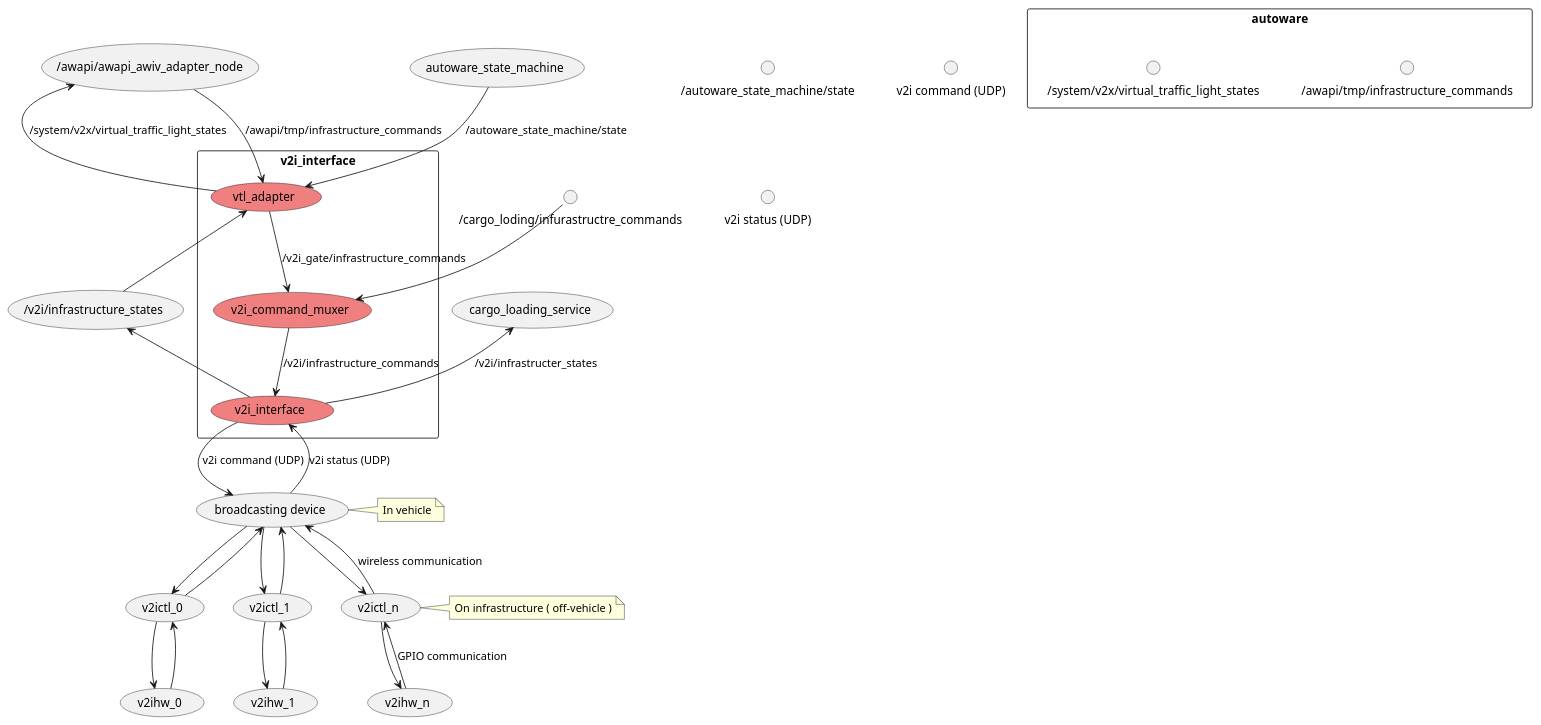
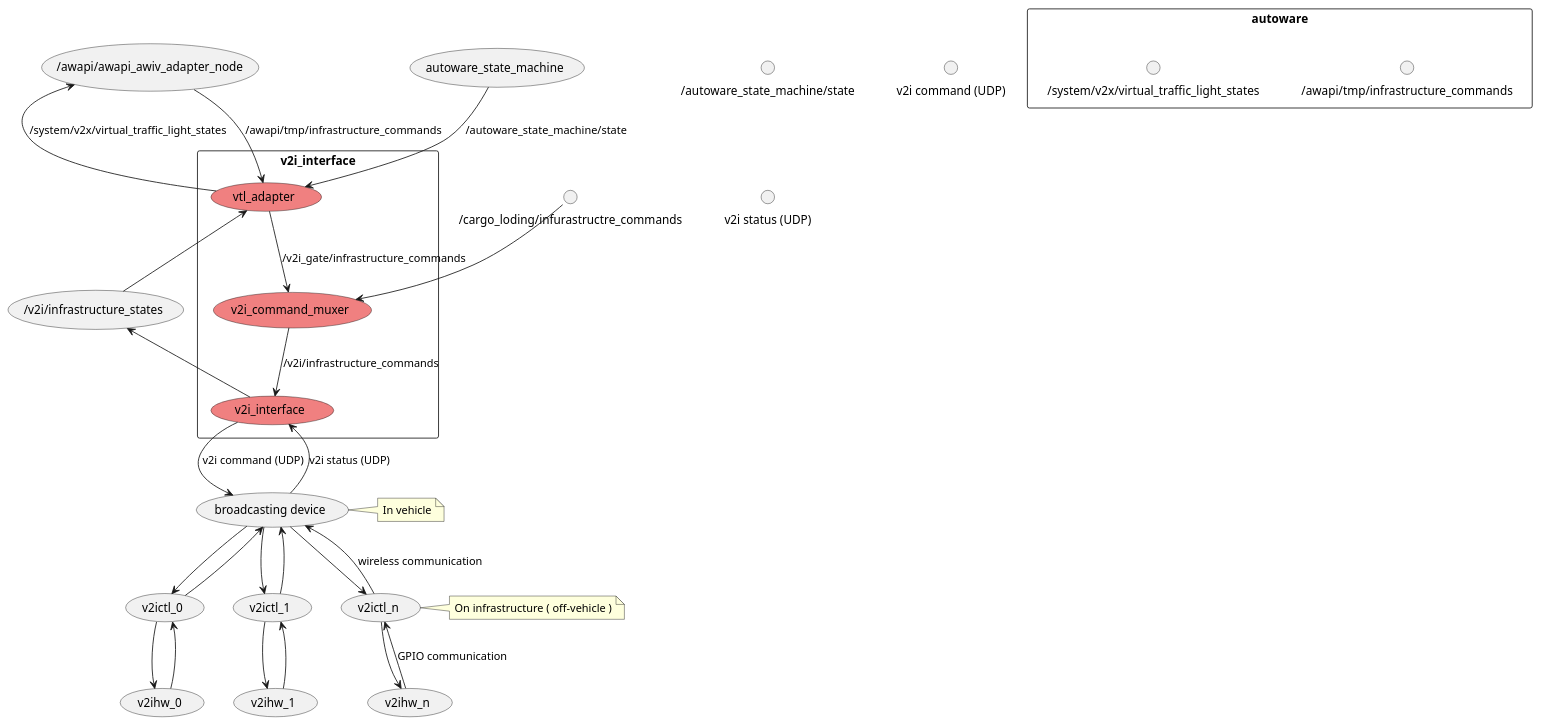
The diagram in docs/node_graph_internal_spec.pu (sfukuta/v2i_interface), drawn with PlantUML before and after one commit.

```diff
--- a/docs/node_graph_internal_spec.pu
+++ b/docs/node_graph_internal_spec.pu
@@ -1,48 +1,47 @@
 @startuml
 
 rectangle autoware {
   interface "/awapi/tmp/infrastructure_commands"
   interface "/system/v2x/virtual_traffic_light_states"
 }
 interface "/autoware_state_machine/state"
 rectangle "v2i_interface" as v2i {
   usecase "v2i_interface" #LightCoral
   usecase "v2i_command_muxer" #LightCoral
   usecase "vtl_adapter" #LightCoral
 } 
 interface "v2i command (UDP)" as v2i_command_udp
 interface "v2i status (UDP)" as v2i_status_udp
 interface "/cargo_loding/infurastructre_commands"
 
 (/awapi/awapi_awiv_adapter_node) --> (vtl_adapter) : /awapi/tmp/infrastructure_commands
 (/awapi/awapi_awiv_adapter_node) <-- (vtl_adapter) : /system/v2x/virtual_traffic_light_states
 (autoware_state_machine) --> (vtl_adapter) : /autoware_state_machine/state
 (/cargo_loding/infurastructre_commands) --> (v2i_command_muxer)
 (vtl_adapter) --> (v2i_command_muxer) : /v2i_gate/infrastructure_commands
 (v2i_command_muxer) --> (v2i_interface) : /v2i/infrastructure_commands
 (vtl_adapter) <-- (/v2i/infrastructure_states)
 (/v2i/infrastructure_states) <-- (v2i_interface)
-(cargo_loading_service) <-- (v2i_interface) :/v2i/infrastructer_states
 (v2i_interface) --> (broadcasting device) : v2i command (UDP)
 (v2i_interface) <-- (broadcasting device) : v2i status (UDP)
 (broadcasting device) --> (v2ictl_0)
 (broadcasting device) <-- (v2ictl_0)
 (broadcasting device) --> (v2ictl_1)
 (broadcasting device) <-- (v2ictl_1)
 (broadcasting device) --> (v2ictl_n)
 (broadcasting device) <-- (v2ictl_n) : wireless communication
 
 (v2ictl_0) -[hidden] (v2ictl_1)
 (v2ictl_1) -[hidden] (v2ictl_n)
 
 (v2ictl_0) --> (v2ihw_0)
 (v2ictl_0) <-- (v2ihw_0)
 (v2ictl_1) --> (v2ihw_1)
 (v2ictl_1) <-- (v2ihw_1)
 (v2ictl_n) --> (v2ihw_n)
 (v2ictl_n) <-- (v2ihw_n) : GPIO communication
 
 note right of "broadcasting device" : In vehicle
 note right of v2ictl_n : On infrastructure ( off-vehicle )
 
 @enduml
```
